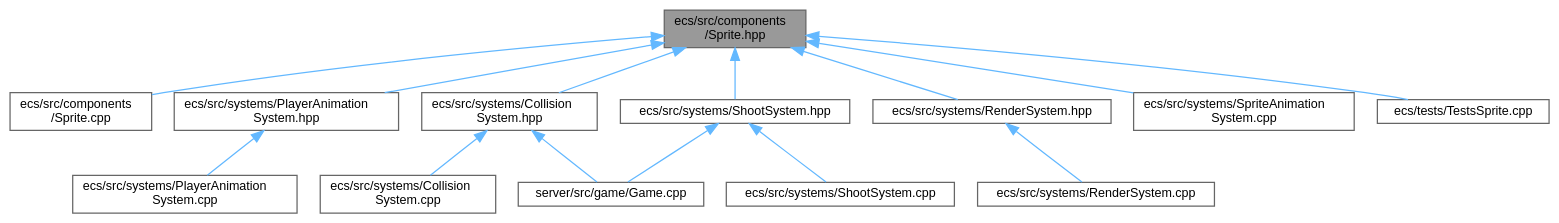
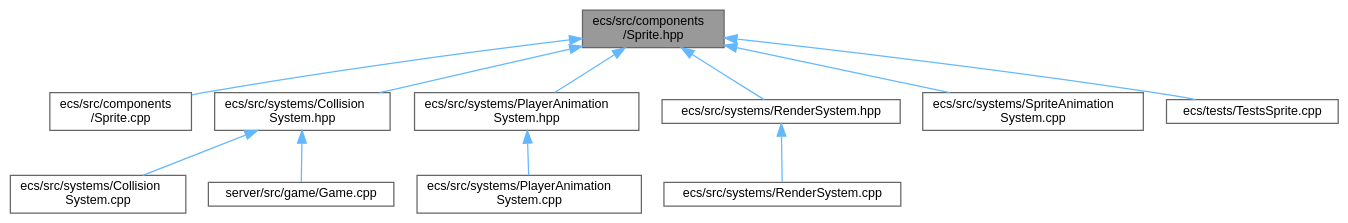
The diagram in Sprite_8hpp__dep__incl.dot (Houpsi/R-Type), drawn with Graphviz before and after one commit. The commit also changed 283 other files, not shown here.

```diff
--- a/Sprite_8hpp__dep__incl.dot
+++ b/Sprite_8hpp__dep__incl.dot
@@ -1,33 +1,28 @@
 digraph "ecs/src/components/Sprite.hpp"
 {
  // LATEX_PDF_SIZE
   bgcolor="transparent";
   edge [fontname=Helvetica,fontsize=10,labelfontname=Helvetica,labelfontsize=10];
   node [fontname=Helvetica,fontsize=10,shape=box,height=0.2,width=0.4];
   Node1 [id="Node000001",label="ecs/src/components\l/Sprite.hpp",height=0.2,width=0.4,color="gray40", fillcolor="grey60", style="filled", fontcolor="black",tooltip=" "];
   Node1 -> Node2 [id="edge1_Node000001_Node000002",dir="back",color="steelblue1",style="solid",tooltip=" "];
   Node2 [id="Node000002",label="ecs/src/components\l/Sprite.cpp",height=0.2,width=0.4,color="grey40", fillcolor="white", style="filled",URL="$Sprite_8cpp.html",tooltip=" "];
   Node1 -> Node3 [id="edge2_Node000001_Node000003",dir="back",color="steelblue1",style="solid",tooltip=" "];
   Node3 [id="Node000003",label="ecs/src/systems/Collision\lSystem.hpp",height=0.2,width=0.4,color="grey40", fillcolor="white", style="filled",URL="$CollisionSystem_8hpp.html",tooltip=" "];
   Node3 -> Node4 [id="edge3_Node000003_Node000004",dir="back",color="steelblue1",style="solid",tooltip=" "];
   Node4 [id="Node000004",label="ecs/src/systems/Collision\lSystem.cpp",height=0.2,width=0.4,color="grey40", fillcolor="white", style="filled",URL="$CollisionSystem_8cpp.html",tooltip=" "];
   Node3 -> Node5 [id="edge4_Node000003_Node000005",dir="back",color="steelblue1",style="solid",tooltip=" "];
   Node5 [id="Node000005",label="server/src/game/Game.cpp",height=0.2,width=0.4,color="grey40", fillcolor="white", style="filled",URL="$Game_8cpp.html",tooltip=" "];
   Node1 -> Node6 [id="edge5_Node000001_Node000006",dir="back",color="steelblue1",style="solid",tooltip=" "];
   Node6 [id="Node000006",label="ecs/src/systems/PlayerAnimation\lSystem.hpp",height=0.2,width=0.4,color="grey40", fillcolor="white", style="filled",URL="$PlayerAnimationSystem_8hpp.html",tooltip=" "];
   Node6 -> Node7 [id="edge6_Node000006_Node000007",dir="back",color="steelblue1",style="solid",tooltip=" "];
   Node7 [id="Node000007",label="ecs/src/systems/PlayerAnimation\lSystem.cpp",height=0.2,width=0.4,color="grey40", fillcolor="white", style="filled",URL="$PlayerAnimationSystem_8cpp.html",tooltip=" "];
   Node1 -> Node8 [id="edge7_Node000001_Node000008",dir="back",color="steelblue1",style="solid",tooltip=" "];
   Node8 [id="Node000008",label="ecs/src/systems/RenderSystem.hpp",height=0.2,width=0.4,color="grey40", fillcolor="white", style="filled",URL="$RenderSystem_8hpp.html",tooltip=" "];
   Node8 -> Node9 [id="edge8_Node000008_Node000009",dir="back",color="steelblue1",style="solid",tooltip=" "];
   Node9 [id="Node000009",label="ecs/src/systems/RenderSystem.cpp",height=0.2,width=0.4,color="grey40", fillcolor="white", style="filled",URL="$RenderSystem_8cpp.html",tooltip=" "];
   Node1 -> Node10 [id="edge9_Node000001_Node000010",dir="back",color="steelblue1",style="solid",tooltip=" "];
-  Node10 [id="Node000010",label="ecs/src/systems/ShootSystem.hpp",height=0.2,width=0.4,color="grey40", fillcolor="white", style="filled",URL="$ShootSystem_8hpp.html",tooltip=" "];
-  Node10 -> Node11 [id="edge10_Node000010_Node000011",dir="back",color="steelblue1",style="solid",tooltip=" "];
-  Node11 [id="Node000011",label="ecs/src/systems/ShootSystem.cpp",height=0.2,width=0.4,color="grey40", fillcolor="white", style="filled",URL="$ShootSystem_8cpp.html",tooltip=" "];
-  Node10 -> Node5 [id="edge11_Node000010_Node000005",dir="back",color="steelblue1",style="solid",tooltip=" "];
-  Node1 -> Node12 [id="edge12_Node000001_Node000012",dir="back",color="steelblue1",style="solid",tooltip=" "];
-  Node12 [id="Node000012",label="ecs/src/systems/SpriteAnimation\lSystem.cpp",height=0.2,width=0.4,color="grey40", fillcolor="white", style="filled",URL="$SpriteAnimationSystem_8cpp.html",tooltip=" "];
-  Node1 -> Node13 [id="edge13_Node000001_Node000013",dir="back",color="steelblue1",style="solid",tooltip=" "];
-  Node13 [id="Node000013",label="ecs/tests/TestsSprite.cpp",height=0.2,width=0.4,color="grey40", fillcolor="white", style="filled",URL="$TestsSprite_8cpp.html",tooltip=" "];
+  Node10 [id="Node000010",label="ecs/src/systems/SpriteAnimation\lSystem.cpp",height=0.2,width=0.4,color="grey40", fillcolor="white", style="filled",URL="$SpriteAnimationSystem_8cpp.html",tooltip=" "];
+  Node1 -> Node11 [id="edge10_Node000001_Node000011",dir="back",color="steelblue1",style="solid",tooltip=" "];
+  Node11 [id="Node000011",label="ecs/tests/TestsSprite.cpp",height=0.2,width=0.4,color="grey40", fillcolor="white", style="filled",URL="$TestsSprite_8cpp.html",tooltip=" "];
 }
```
